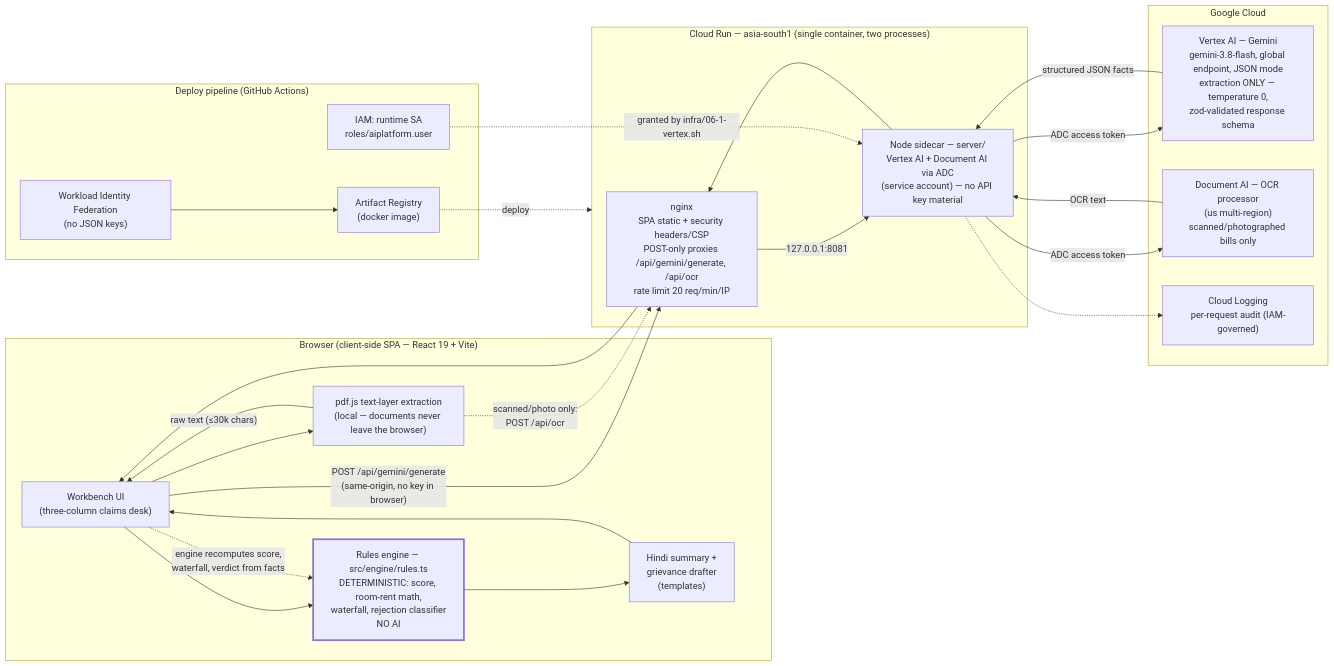
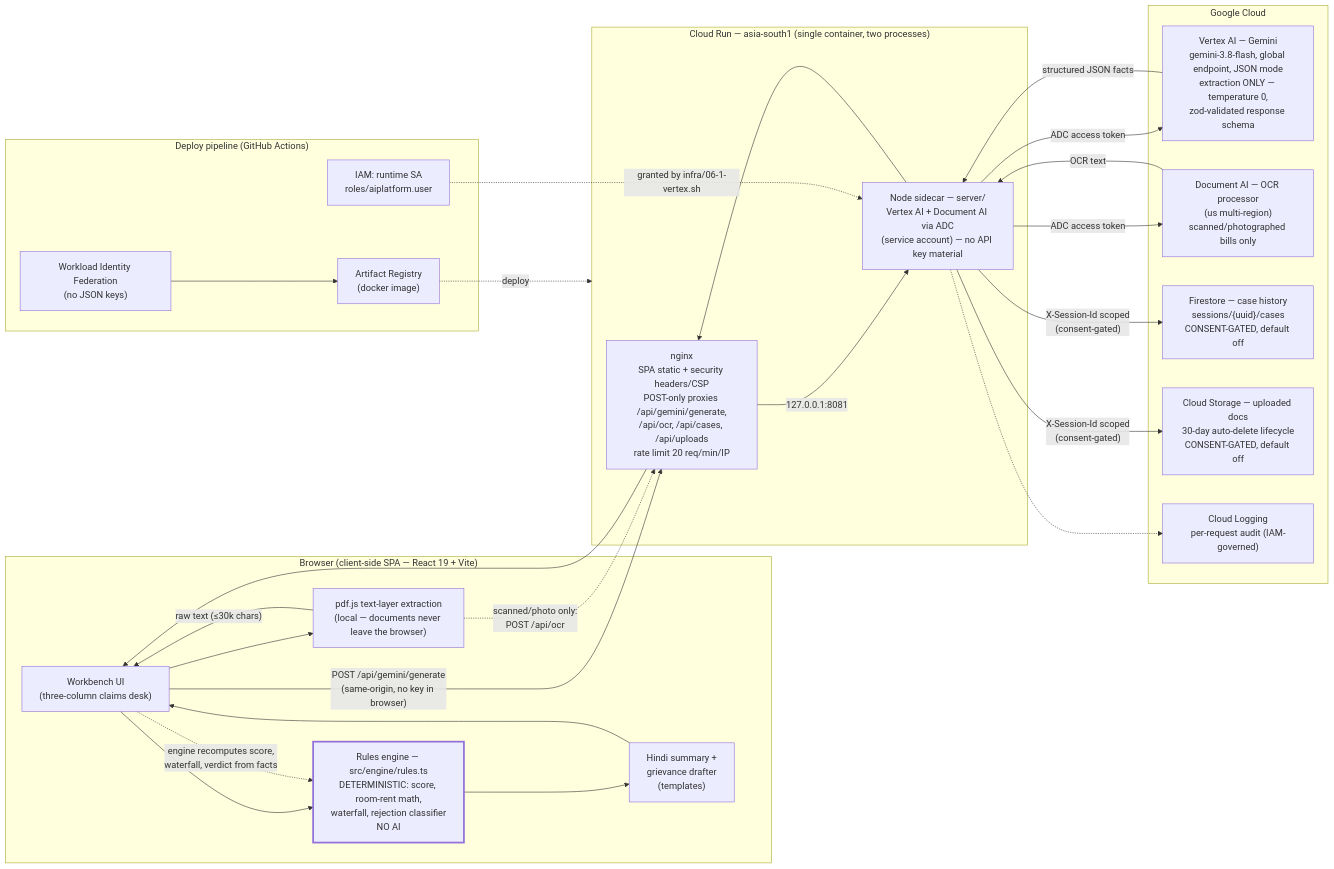
Before and after one commit to amoghng7/claimsahayak: the diagram in docs/architecture.md, drawn with Mermaid. The commit also changed other lines of this file and 6 other files, not shown here.

First line of the commit message:
docs: consent-gated persistence + OCR in architecture, README, submission (6.4 docs)

````diff
--- a/docs/architecture.md
+++ b/docs/architecture.md
@@ -7,45 +7,49 @@
 ```mermaid
 flowchart LR
     subgraph browser["Browser (client-side SPA — React 19 + Vite)"]
         UI["Workbench UI\n(three-column claims desk)"]
         PDF["pdf.js text-layer extraction\n(local — documents never leave the browser)"]
         ENGINE["Rules engine — src/engine/rules.ts\nDETERMINISTIC: score, room-rent math,\nwaterfall, rejection classifier\nNO AI"]
         HINDI["Hindi summary +\ngrievance drafter\n(templates)"]
         UI --> PDF
         PDF -->|"raw text (≤30k chars)"| UI
         UI --> ENGINE
         ENGINE --> HINDI --> UI
     end
 
     subgraph cloudrun["Cloud Run — asia-south1 (single container, two processes)"]
-        NGINX["nginx\nSPA static + security headers/CSP\nPOST-only proxies /api/gemini/generate, /api/ocr\nrate limit 20 req/min/IP"]
+        NGINX["nginx\nSPA static + security headers/CSP\nPOST-only proxies /api/gemini/generate,\n/api/ocr, /api/cases, /api/uploads\nrate limit 20 req/min/IP"]
         SIDECAR["Node sidecar — server/\nVertex AI + Document AI via ADC\n(service account) — no API key material"]
         NGINX -->|"127.0.0.1:8081"| SIDECAR
     end
 
     subgraph google["Google Cloud"]
         VERTEX["Vertex AI — Gemini\ngemini-3.8-flash, global endpoint, JSON mode\nextraction ONLY — temperature 0,\nzod-validated response schema"]
         DOCAI["Document AI — OCR processor\n(us multi-region)\nscanned/photographed bills only"]
+        FS["Firestore — case history\nsessions/{uuid}/cases\nCONSENT-GATED, default off"]
+        GCS["Cloud Storage — uploaded docs\n30-day auto-delete lifecycle\nCONSENT-GATED, default off"]
         LOGS["Cloud Logging\nper-request audit (IAM-governed)"]
     end
 
     subgraph ci["Deploy pipeline (GitHub Actions)"]
         WIF["Workload Identity Federation\n(no JSON keys)"]
         AR["Artifact Registry\n(docker image)"]
         IAM["IAM: runtime SA\nroles/aiplatform.user"]
         WIF --> AR
     end
 
     UI -->|"POST /api/gemini/generate\n(same-origin, no key in browser)"| NGINX
     PDF -.->|"scanned/photo only:\nPOST /api/ocr"| NGINX
     SIDECAR -->|"ADC access token"| VERTEX
     SIDECAR -->|"ADC access token"| DOCAI
+    SIDECAR -->|"X-Session-Id scoped\n(consent-gated)"| FS
+    SIDECAR -->|"X-Session-Id scoped\n(consent-gated)"| GCS
     DOCAI -->|"OCR text"| SIDECAR
     VERTEX -->|"structured JSON facts"| SIDECAR --> NGINX --> UI
     SIDECAR -.-> LOGS
     UI -.->|"engine recomputes score,\nwaterfall, verdict from facts"| ENGINE
     IAM -.->|"granted by infra/06-1-vertex.sh"| SIDECAR
     AR -.->|deploy| cloudrun
 
     style ENGINE stroke-width:3px
 ```
````
